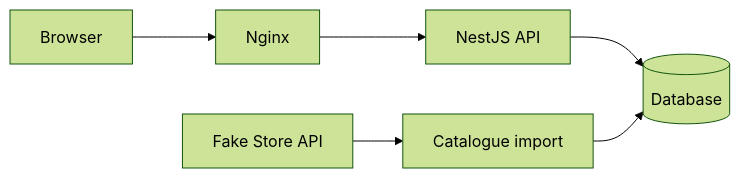
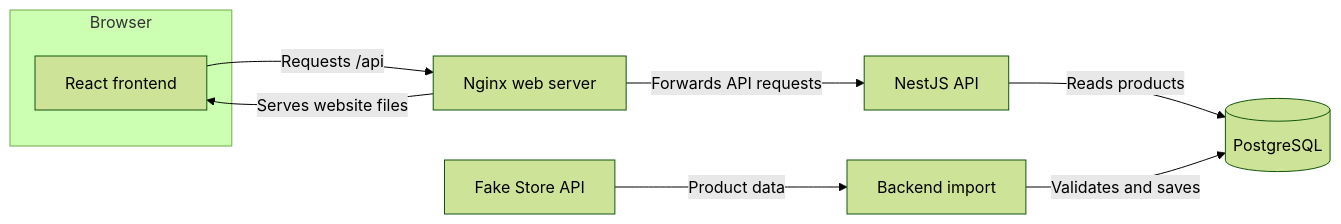
The diagram in README.md (HumanStapey/home-furniture-app), drawn with Mermaid (forest theme) before and after one commit. The commit also changed other lines of this file and 6 other files, not shown here.

````diff
--- a/README.md
+++ b/README.md
@@ -120,8 +146,12 @@
 ```mermaid
 flowchart LR
-    Browser[Browser] --> Nginx[Nginx]
-    Nginx --> API[NestJS API]
-    API --> DB[(Database)]
-    Fake[Fake Store API] --> Import[Catalogue import]
-    Import --> DB
+    subgraph Browser[Browser]
+        UI[React frontend]
+    end
+    Web[Nginx web server] -->|Serves website files| UI
+    UI -->|Requests /api| Web
+    Web -->|Forwards API requests| API[NestJS API]
+    API -->|Reads products| DB[(PostgreSQL)]
+    Source[Fake Store API] -->|Product data| Import[Backend import]
+    Import -->|Validates and saves| DB
 ```
````
